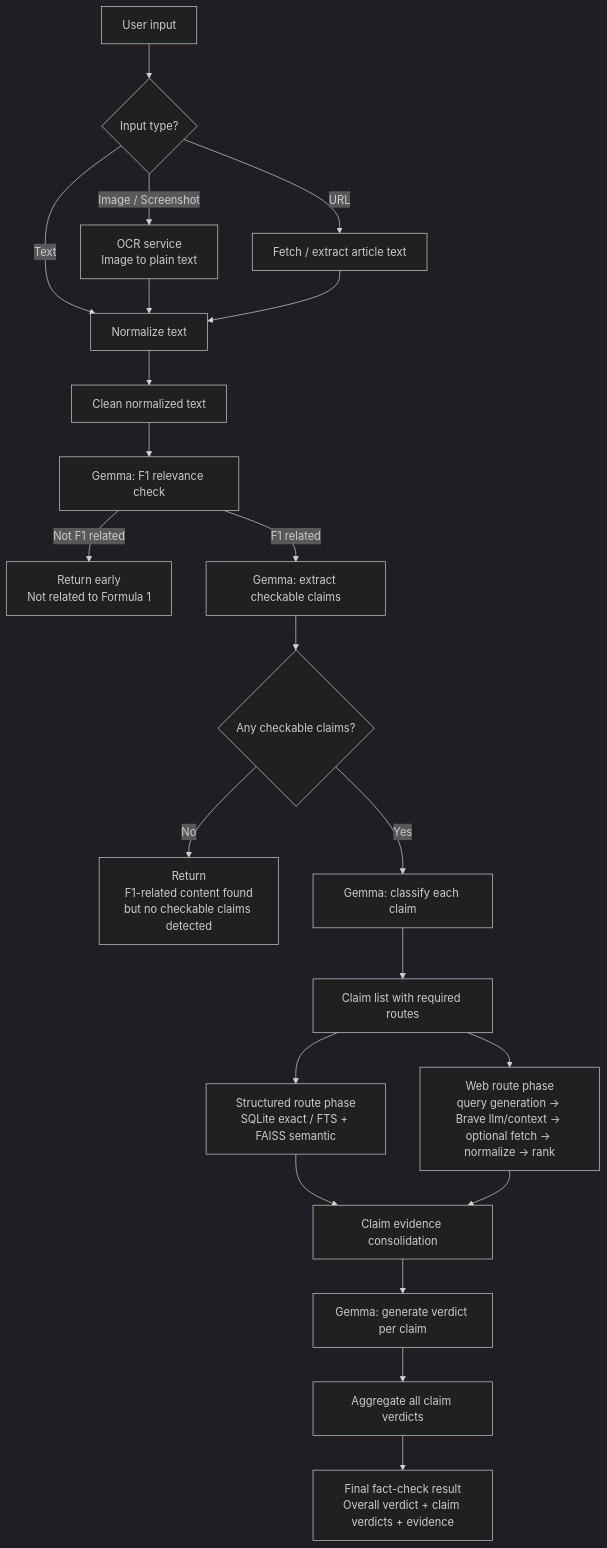
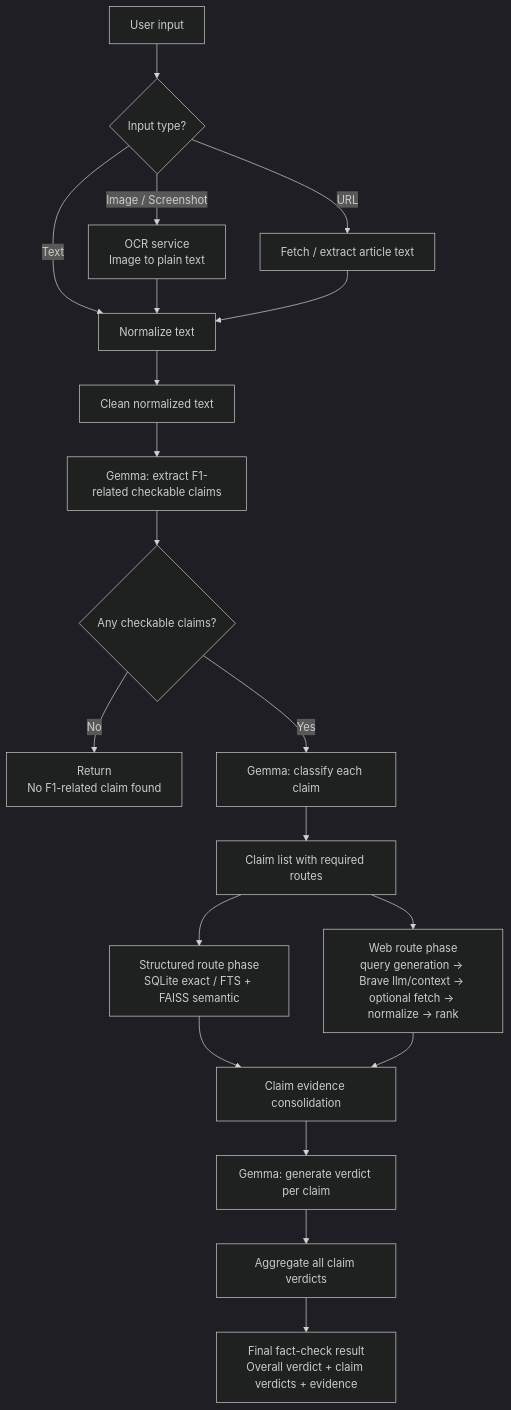
Before and after one commit to viettran-edgeAI/F1_fact_checker: the diagram in README.md, drawn with Mermaid (dark theme). The commit also changed other lines of this file, not shown here.

Commit message:
edit pipeline

````diff
--- a/README.md
+++ b/README.md
@@ -56,39 +54,35 @@
 ```mermaid
 flowchart TD
     A[User input] --> B{Input type?}
 
     B -->|Text| C[Normalize text]
     B -->|Image / Screenshot| D[OCR service<br/>Image to plain text]
     B -->|URL| E[Fetch / extract article text]
 
     D --> C
     E --> C
 
     C --> F[Clean normalized text]
 
-    F --> G[Gemma: F1 relevance check]
-
-    G -->|Not F1 related| H[Return early<br/>Not related to Formula 1]
-
-    G -->|F1 related| I[Gemma: extract checkable claims]
+    F --> I[Gemma: extract F1-related checkable claims]
 
     I --> J{Any checkable claims?}
 
-    J -->|No| K[Return<br/>F1-related content found<br/>but no checkable claims detected]
+    J -->|No| K[Return<br/>No F1-related claim found]
 
     J -->|Yes| L[Gemma: classify each claim]
 
     L --> M[Claim list with required routes]
 
     M --> N[Structured route phase<br/>SQLite exact / FTS + FAISS semantic]
     M --> O[Web route phase<br/>query generation -> Brave llm/context -> optional fetch -> normalize -> rank]
 
     N --> P[Claim evidence consolidation]
     O --> P
 
     P --> Q[Gemma: generate verdict per claim]
 
     Q --> U[Aggregate all claim verdicts]
 
     U --> V[Final fact-check result<br/>Overall verdict + claim verdicts + evidence]
 ```
````
